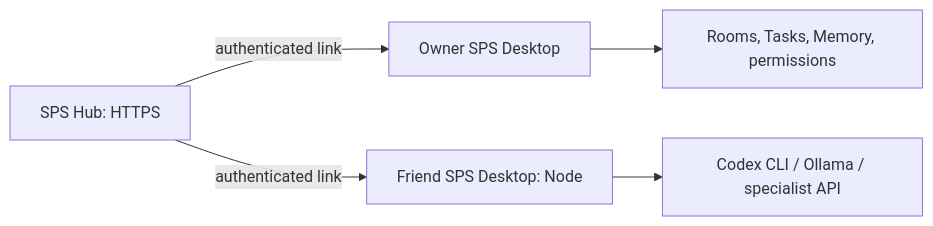
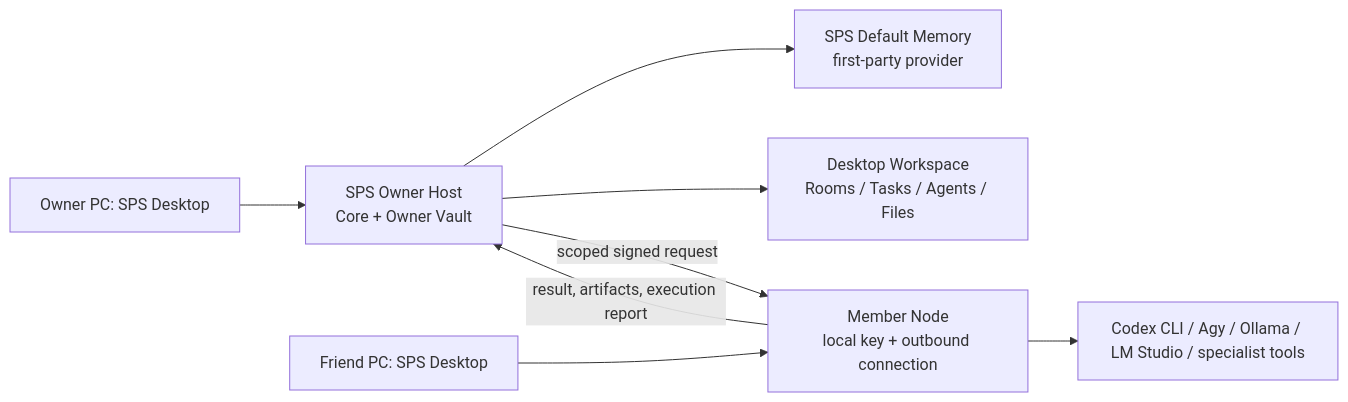
Before and after one commit to Powerpunch777/SPS-Source: the diagram in sps-server/98-sps-desktop-multinode-architecture-ko.md, drawn with Mermaid. The commit also changed other lines of this file and 1 other file, not shown here.

Commit message:
docs: align desktop node architecture

````diff
--- a/sps-server/98-sps-desktop-multinode-architecture-ko.md
+++ b/sps-server/98-sps-desktop-multinode-architecture-ko.md
@@ -16,7 +15,10 @@
 ```mermaid
 flowchart LR
-  A[SPS Hub: HTTPS] -->|authenticated link| B[Owner SPS Desktop]
-  A -->|authenticated link| C[Friend SPS Desktop: Node]
-  B --> D[Rooms, Tasks, Memory, permissions]
-  C --> E[Codex CLI / Ollama / specialist API]
+  owner["Owner PC: SPS Desktop"] --> host["SPS Owner Host\nCore + Owner Vault"]
+  host --> memory["SPS Default Memory\nfirst-party provider"]
+  host --> workspace["Desktop Workspace\nRooms / Tasks / Agents / Files"]
+  member["Friend PC: SPS Desktop"] --> node["Member Node\nlocal key + outbound connection"]
+  node --> runtimes["Codex CLI / Agy / Ollama / LM Studio / specialist tools"]
+  host -->|"scoped signed request"| node
+  node -->|"result, artifacts, execution report"| host
 ```
````
